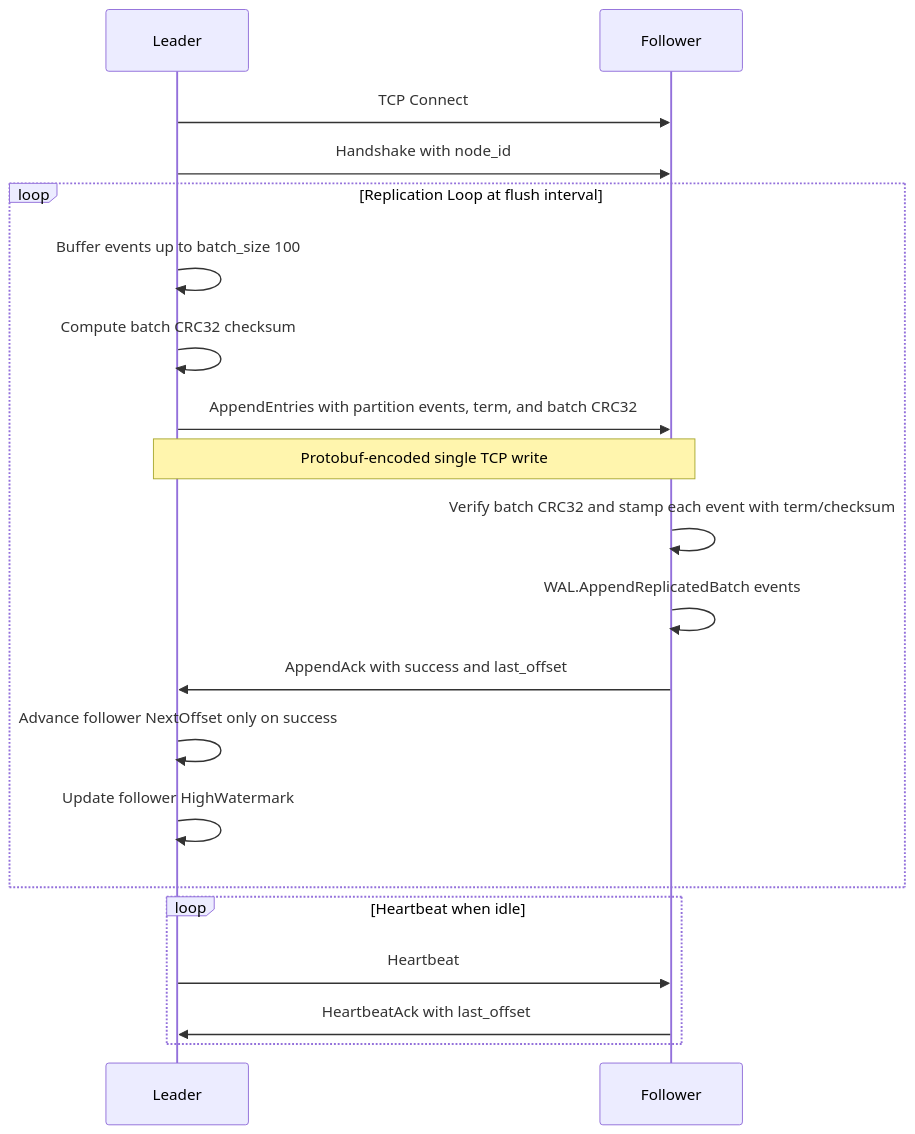
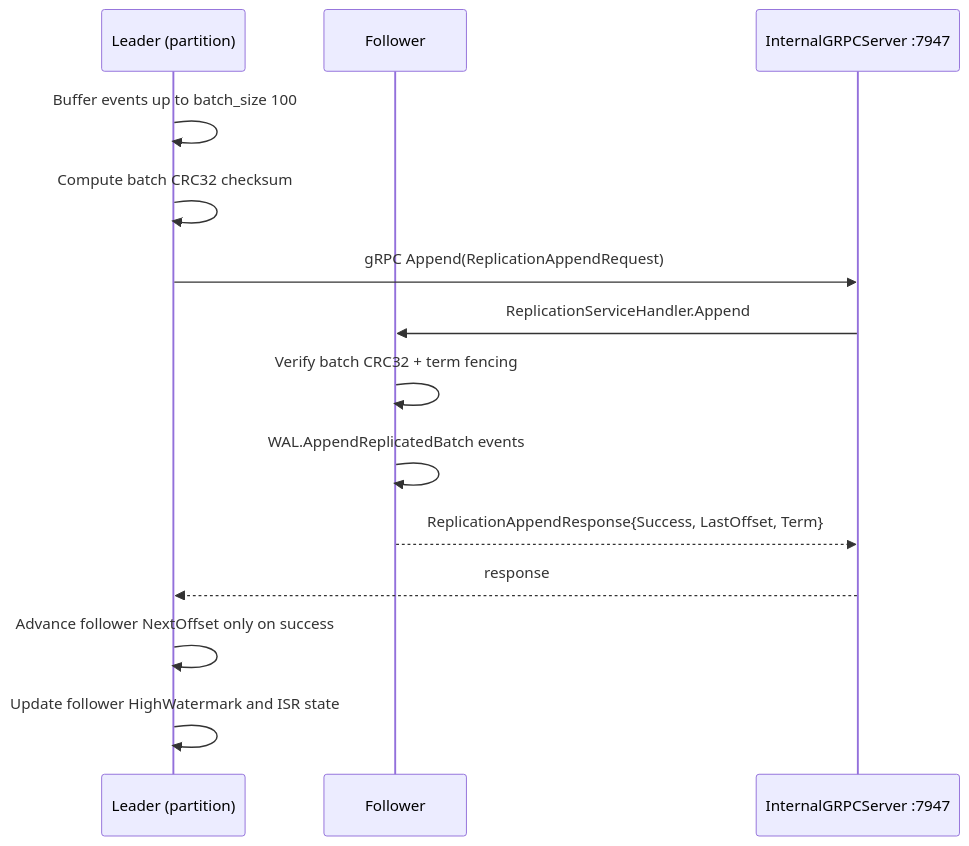
Before and after one commit to jatin711-debug/cronos_db_golang: diagram 38 of 46 in ARCHITECTURE.md, drawn with Mermaid. The commit also changed other lines of this file and 14 other files, not shown here.

````diff
--- a/ARCHITECTURE.md
+++ b/ARCHITECTURE.md
@@ -1094,25 +1115,17 @@
 ```mermaid
 sequenceDiagram
-    participant L as Leader
+    participant L as Leader (partition)
     participant F as Follower
+    participant INT as InternalGRPCServer :7947
 
-    L->>F: TCP Connect
-    L->>F: Handshake with node_id
-
-    loop Replication Loop at flush interval
-        L->>L: Buffer events up to batch_size 100
-        L->>L: Compute batch CRC32 checksum
-        L->>F: AppendEntries with partition events, term, and batch CRC32
-        Note over L,F: Protobuf-encoded single TCP write
-        F->>F: Verify batch CRC32 and stamp each event with term/checksum
-        F->>F: WAL.AppendReplicatedBatch events
-        F->>L: AppendAck with success and last_offset
-        L->>L: Advance follower NextOffset only on success
-        L->>L: Update follower HighWatermark
-    end
-
-    loop Heartbeat when idle
-        L->>F: Heartbeat
-        F->>L: HeartbeatAck with last_offset
-    end
+    L->>L: Buffer events up to batch_size 100
+    L->>L: Compute batch CRC32 checksum
+    L->>INT: gRPC Append(ReplicationAppendRequest)
+    INT->>F: ReplicationServiceHandler.Append
+    F->>F: Verify batch CRC32 + term fencing
+    F->>F: WAL.AppendReplicatedBatch events
+    F-->>INT: ReplicationAppendResponse{Success, LastOffset, Term}
+    INT-->>L: response
+    L->>L: Advance follower NextOffset only on success
+    L->>L: Update follower HighWatermark and ISR state
 ```
````
